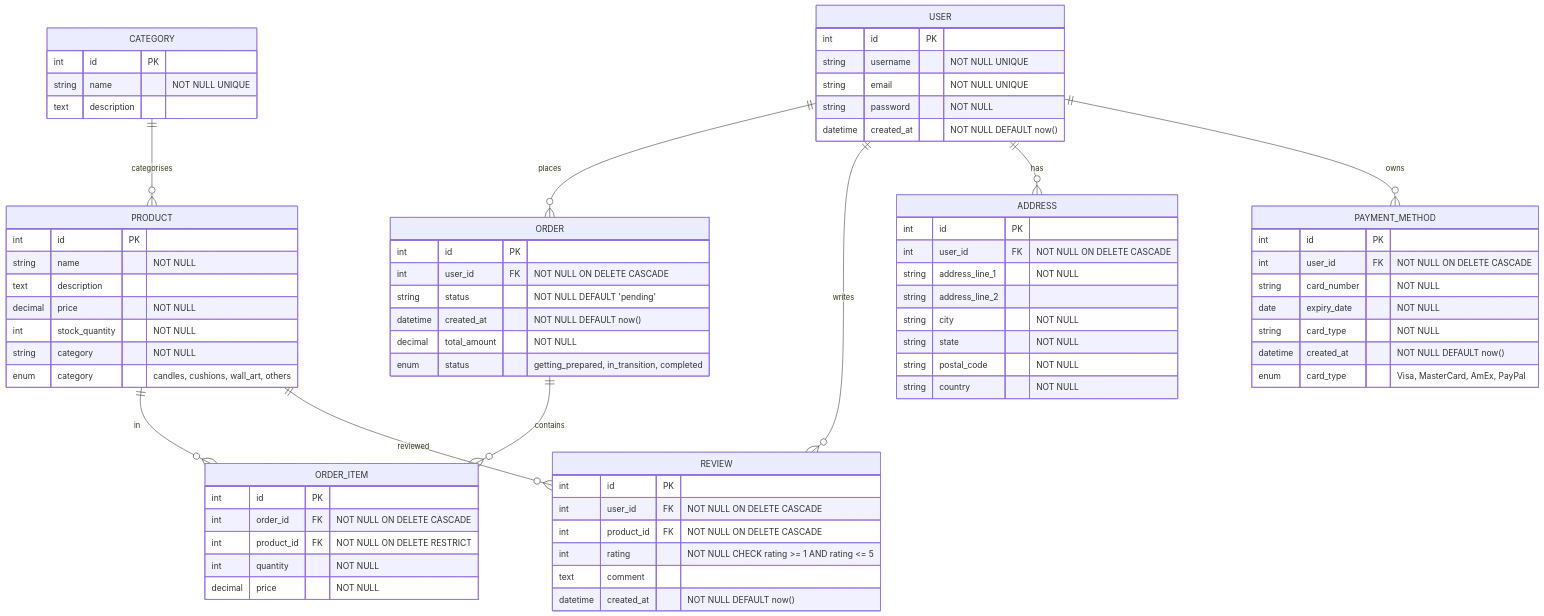
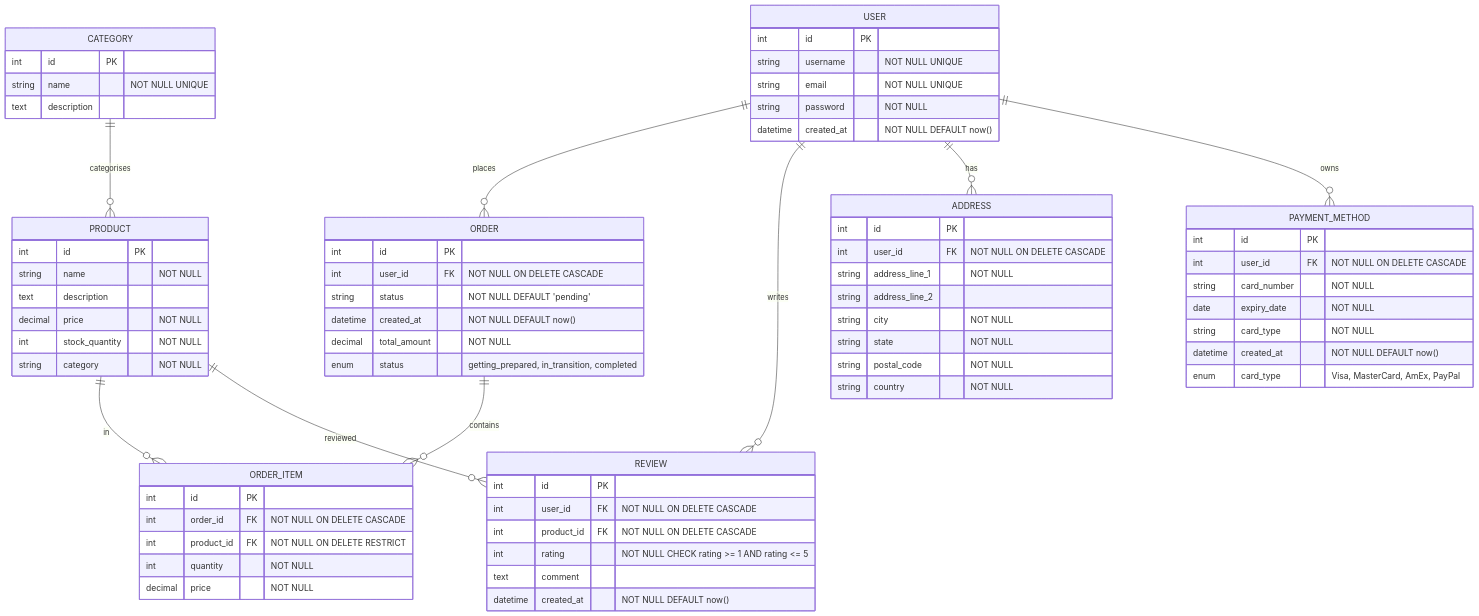
The diagram in schema.mmd (nadzyah/home-decor-db), drawn with Mermaid before and after one commit. The commit also changed 1 other file, not shown here.

```diff
--- a/schema.mmd
+++ b/schema.mmd
@@ -1,93 +1,87 @@
 erDiagram
   USER {
     int id PK
     string username "NOT NULL UNIQUE"
     string email "NOT NULL UNIQUE"
     string password "NOT NULL"
     datetime created_at "NOT NULL DEFAULT now()"
   }
 
   PRODUCT {
     int id PK
     string name "NOT NULL"
     text description
     decimal price "NOT NULL"
     int stock_quantity "NOT NULL"
     string category "NOT NULL"
   }
 
   ORDER {
     int id PK
     int user_id FK "NOT NULL ON DELETE CASCADE"
     string status "NOT NULL DEFAULT 'pending'"
     datetime created_at "NOT NULL DEFAULT now()"
     decimal total_amount "NOT NULL"
   }
 
   ORDER_ITEM {
     int id PK
     int order_id FK "NOT NULL ON DELETE CASCADE"
     int product_id FK "NOT NULL ON DELETE RESTRICT"
     int quantity "NOT NULL"
     decimal price "NOT NULL"
   }
 
   REVIEW {
     int id PK
     int user_id FK "NOT NULL ON DELETE CASCADE"
     int product_id FK "NOT NULL ON DELETE CASCADE"
     int rating "NOT NULL CHECK rating >= 1 AND rating <= 5"
     text comment
     datetime created_at "NOT NULL DEFAULT now()"
   }
 
   ADDRESS {
     int id PK
     int user_id FK "NOT NULL ON DELETE CASCADE"
     string address_line_1 "NOT NULL"
     string address_line_2
     string city "NOT NULL"
     string state "NOT NULL"
     string postal_code "NOT NULL"
     string country "NOT NULL"
   }
 
   PAYMENT_METHOD {
     int id PK
     int user_id FK "NOT NULL ON DELETE CASCADE"
     string card_number "NOT NULL"
     date expiry_date "NOT NULL"
     string card_type "NOT NULL"
     datetime created_at "NOT NULL DEFAULT now()"
   }
 
   CATEGORY {
     int id PK
     string name "NOT NULL UNIQUE"
     text description
   }
 
   USER ||--o{ ORDER : "places"
   USER ||--o{ REVIEW : "writes"
   USER ||--o{ ADDRESS : "has"
   USER ||--o{ PAYMENT_METHOD : "owns"
   ORDER ||--o{ ORDER_ITEM : "contains"
   PRODUCT ||--o{ ORDER_ITEM : "in"
   PRODUCT ||--o{ REVIEW : "reviewed"
   CATEGORY ||--o{ PRODUCT : "categorises"
 
-  %% Enums
-  %% Product Category Enum
-  PRODUCT {
-    enum category "candles, cushions, wall_art, others"
-  }
-
   %% Order Status Enum
   ORDER {
     enum status "getting_prepared, in_transition, completed"
   }
 
   %% Card Type Enum
   PAYMENT_METHOD {
     enum card_type "Visa, MasterCard, AmEx, PayPal"
   }
```
